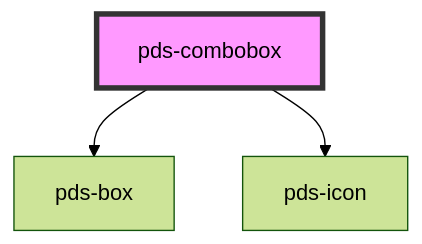
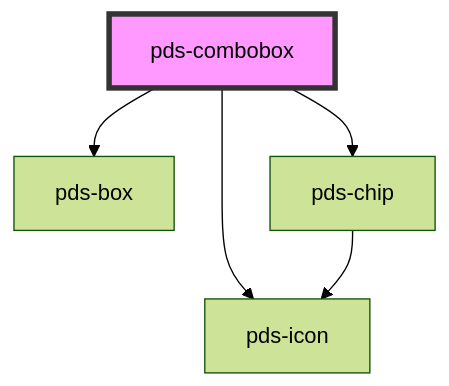
Before and after one commit to Kajabi/pine: the diagram in libs/core/src/components/pds-combobox/readme.md, drawn with Mermaid (forest theme). The commit also changed other lines of this file and 6 other files, not shown here.

Commit message:
fix(pds-combobox): add chip variant

````diff
--- a/libs/core/src/components/pds-combobox/readme.md
+++ b/libs/core/src/components/pds-combobox/readme.md
@@ -83,6 +90,8 @@
 ```mermaid
 graph TD;
   pds-combobox --> pds-box
   pds-combobox --> pds-icon
+  pds-combobox --> pds-chip
+  pds-chip --> pds-icon
   style pds-combobox fill:#f9f,stroke:#333,stroke-width:4px
 ```
````
